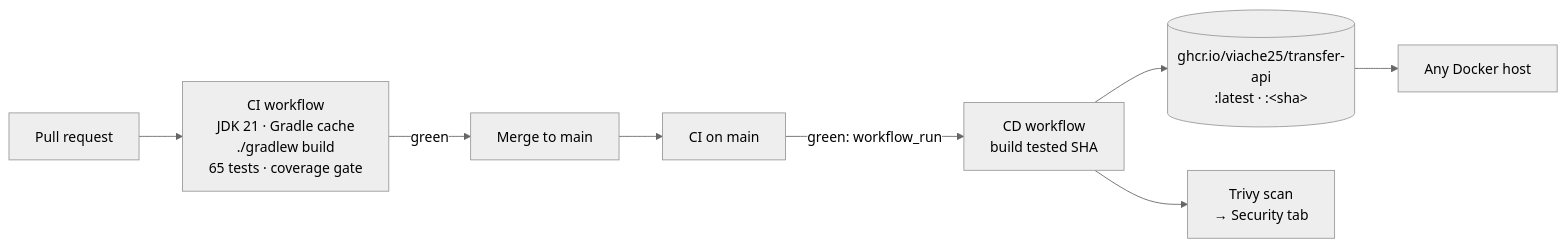
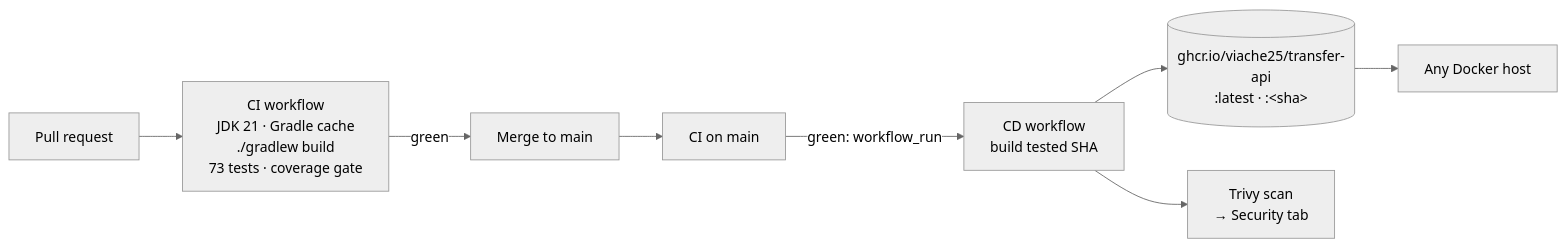
Before and after one commit to viache25/transfer-api: the third of 3 diagrams in README.md, drawn with Mermaid (neutral theme). The commit also changed other lines of this file and 5 other files, not shown here.

````diff
--- a/README.md
+++ b/README.md
@@ -349,10 +355,10 @@
 ```mermaid
 flowchart LR
-    PR[Pull request] --> CI["CI workflow<br/>JDK 21 · Gradle cache<br/>./gradlew build<br/>65 tests · coverage gate"]
+    PR[Pull request] --> CI["CI workflow<br/>JDK 21 · Gradle cache<br/>./gradlew build<br/>73 tests · coverage gate"]
     CI -->|green| M[Merge to main]
     M --> CI2["CI on main"]
     CI2 -->|green: workflow_run| CD["CD workflow<br/>build tested SHA"]
     CD --> R[("ghcr.io/viache25/transfer-api<br/>:latest · :&lt;sha&gt;")]
     CD --> T["Trivy scan<br/>→ Security tab"]
     R --> S[Any Docker host]
 ```
````
